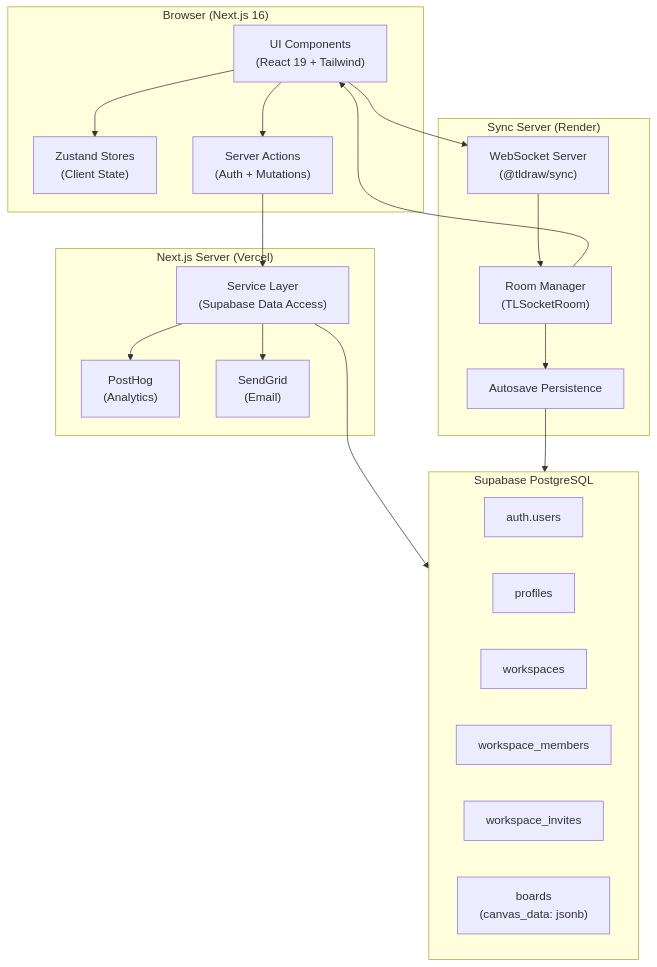
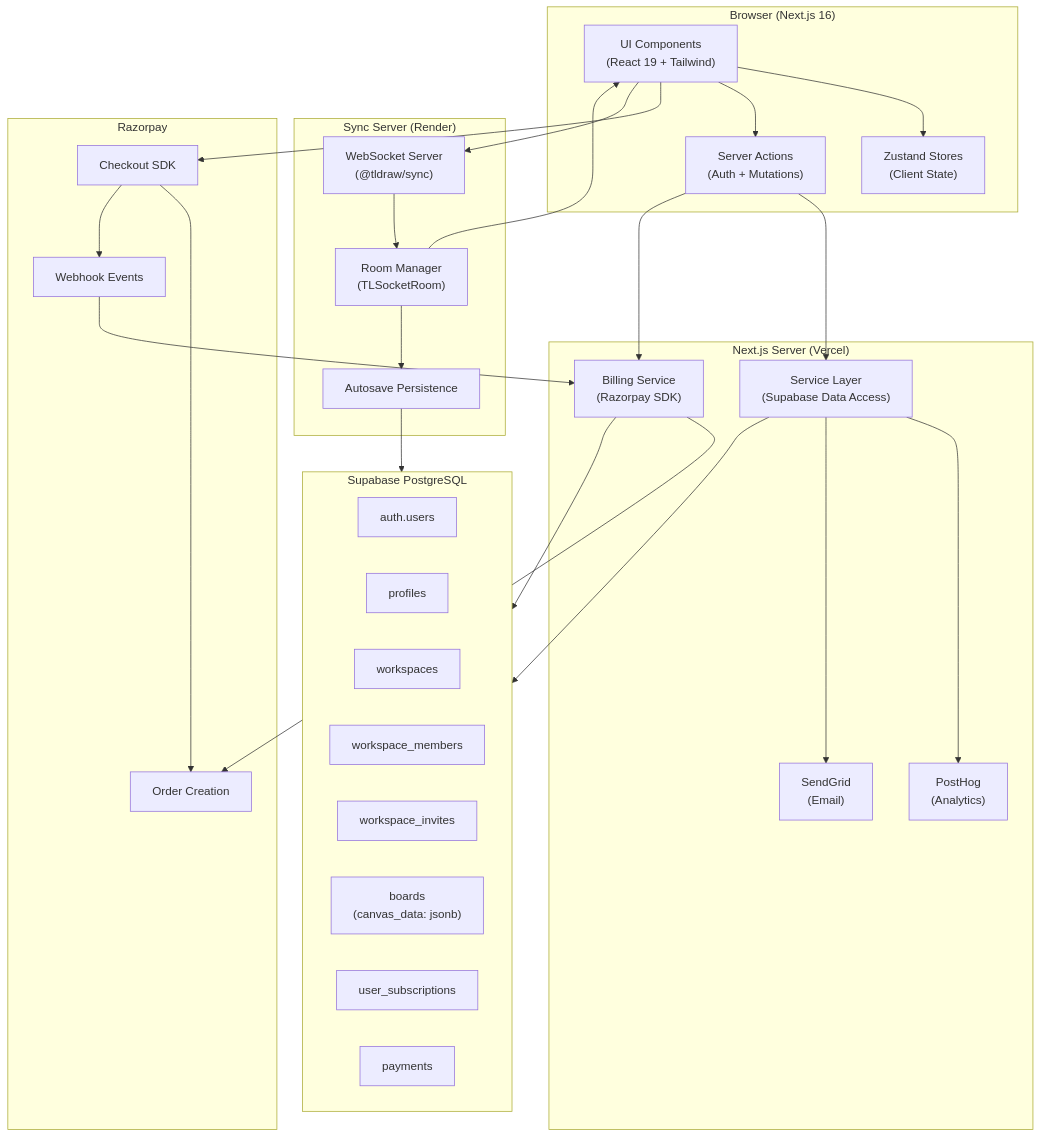
One commit to tushar-180/WhiteBoardSaaS2 changed the first of 4 diagrams in README.md. Above: the diagram before and after it, drawn with Mermaid. The commit also changed other lines of this file and 53 other files, not shown here.

Commit message:
refactor: streamline test suites and update billing service and UI components

````diff
--- a/README.md
+++ b/README.md
@@ -58,41 +60,57 @@
 ```mermaid
 graph TB
     subgraph Client["Browser (Next.js 16)"]
         UI["UI Components<br/>(React 19 + Tailwind)"]
         ZS["Zustand Stores<br/>(Client State)"]
         SA["Server Actions<br/>(Auth + Mutations)"]
     end
 
     subgraph Server["Next.js Server (Vercel)"]
         SR["Service Layer<br/>(Supabase Data Access)"]
         PH["PostHog<br/>(Analytics)"]
         SG["SendGrid<br/>(Email)"]
+        BI["Billing Service<br/>(Razorpay SDK)"]
     end
 
     subgraph Sync["Sync Server (Render)"]
         WS["WebSocket Server<br/>(@tldraw/sync)"]
         RM["Room Manager<br/>(TLSocketRoom)"]
         AP["Autosave Persistence"]
+    end
+
+    subgraph Payment["Razorpay"]
+        RO["Order Creation"]
+        RS["Checkout SDK"]
+        RW["Webhook Events"]
     end
 
     subgraph DB["Supabase PostgreSQL"]
         AU["auth.users"]
         PR["profiles"]
         WS_T["workspaces"]
         WM["workspace_members"]
         WI["workspace_invites"]
         BO["boards<br/>(canvas_data: jsonb)"]
+        US["user_subscriptions"]
+        PY["payments"]
     end
 
     UI --> ZS
     UI --> SA
     SA --> SR
+    SA --> BI
     SR --> DB
     SR --> PH
     SR --> SG
+    BI --> DB
+    BI --> RO
+    UI --> RS
+    RS --> RO
+    RS --> RW
+    RW --> BI
     UI --> WS
     WS --> RM
     RM --> AP
     AP --> DB
     RM --> UI
 ```
````
